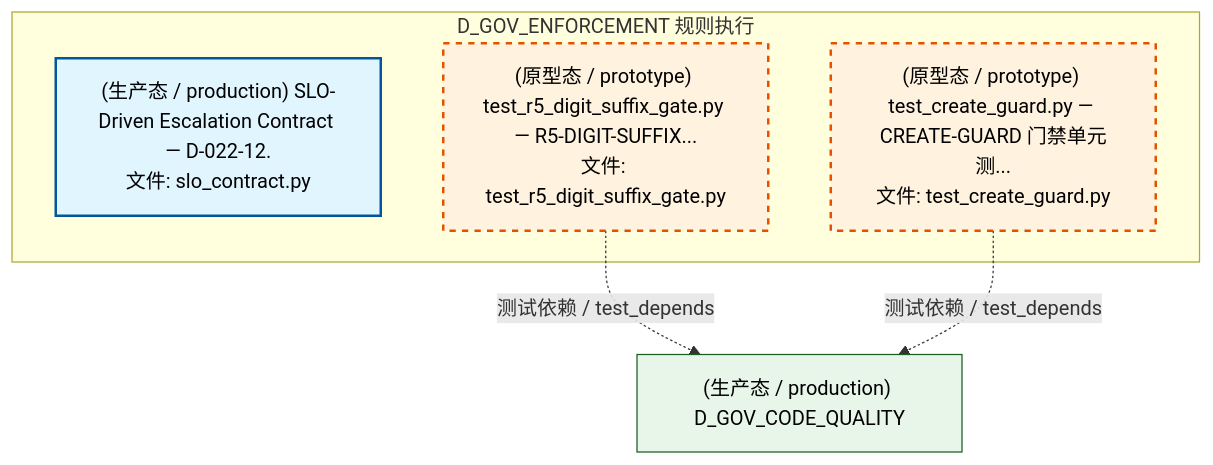
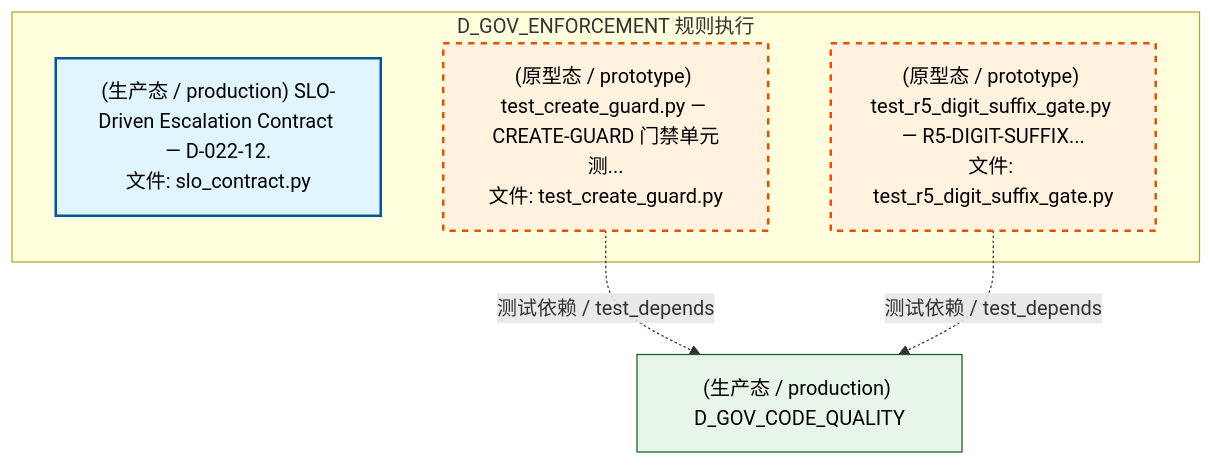
One commit to xuanFelixVan/ZephyrAlpha changed the second of 5 diagrams in docs/02_enterprise_architecture/02_domain_architecture_docs/42_d_gov_enforcement.md. Above: the diagram before and after it, drawn with Mermaid. The commit also changed other lines of this file and 86 other files, not shown here.

````diff
--- a/docs/02_enterprise_architecture/02_domain_architecture_docs/42_d_gov_enforcement.md
+++ b/docs/02_enterprise_architecture/02_domain_architecture_docs/42_d_gov_enforcement.md
@@ -289,18 +291,18 @@
 ```mermaid
 graph TD
     subgraph D_GOV_ENFORCEMENT["D_GOV_ENFORCEMENT 规则执行"]
         src_zephyr_gov_enforcement_rule_enforcement_slo_contract_py["(生产态 / production) SLO-Driven Escalation Contract — D-022-12.<br/>文件: slo_contract.py"]
         tests_governance_commit_gates_test_create_guard_py["(原型态 / prototype) test_create_guard.py — CREATE-GUARD 门禁单元测...<br/>文件: test_create_guard.py"]
         tests_governance_commit_gates_test_r5_digit_suffix_gate_py["(原型态 / prototype) test_r5_digit_suffix_gate.py — R5-DIGIT-SUFFIX...<br/>文件: test_r5_digit_suffix_gate.py"]
     end
     D_GOV_CODE_QUALITY["(生产态 / production) D_GOV_CODE_QUALITY"]
+    tests_governance_commit_gates_test_create_guard_py -.->|测试依赖 / test_depends| D_GOV_CODE_QUALITY
     tests_governance_commit_gates_test_r5_digit_suffix_gate_py -.->|测试依赖 / test_depends| D_GOV_CODE_QUALITY
-    tests_governance_commit_gates_test_create_guard_py -.->|测试依赖 / test_depends| D_GOV_CODE_QUALITY
     classDef production fill:#e1f5fe,stroke:#01579b,stroke-width:2px,color:#000
     classDef design fill:#fff3e0,stroke:#e65100,stroke-width:2px,color:#000,stroke-dasharray: 5 5
     classDef external_prod fill:#e8f5e9,stroke:#1b5e20,stroke-width:1px,color:#000
     classDef external_design fill:#fce4ec,stroke:#880e4f,stroke-width:1px,color:#000,stroke-dasharray: 5 5
     class src_zephyr_gov_enforcement_rule_enforcement_slo_contract_py production
     class tests_governance_commit_gates_test_create_guard_py,tests_governance_commit_gates_test_r5_digit_suffix_gate_py design
     class D_GOV_CODE_QUALITY external_prod
 ```
````
